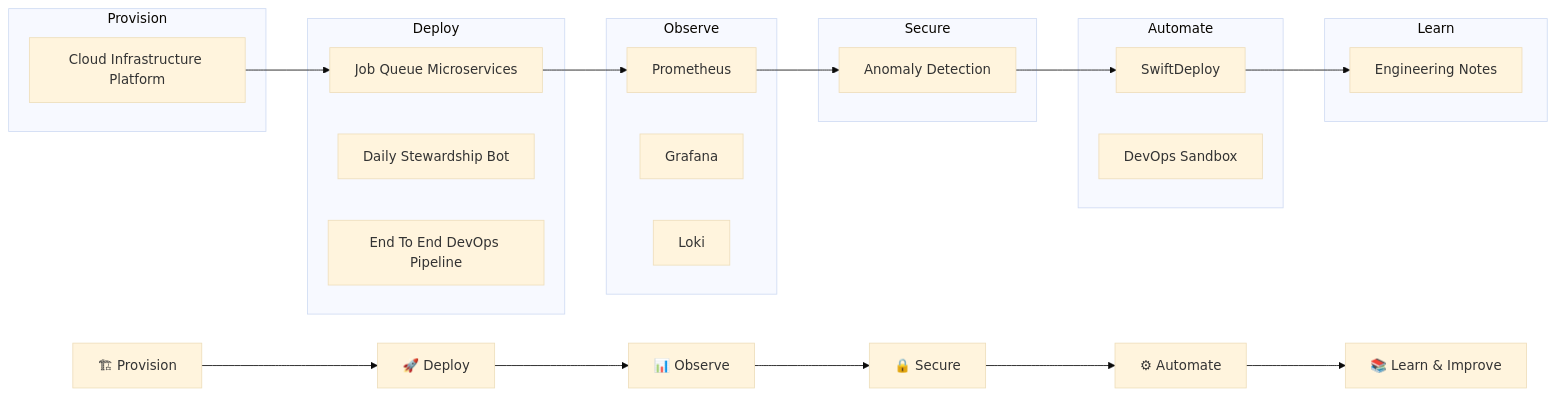
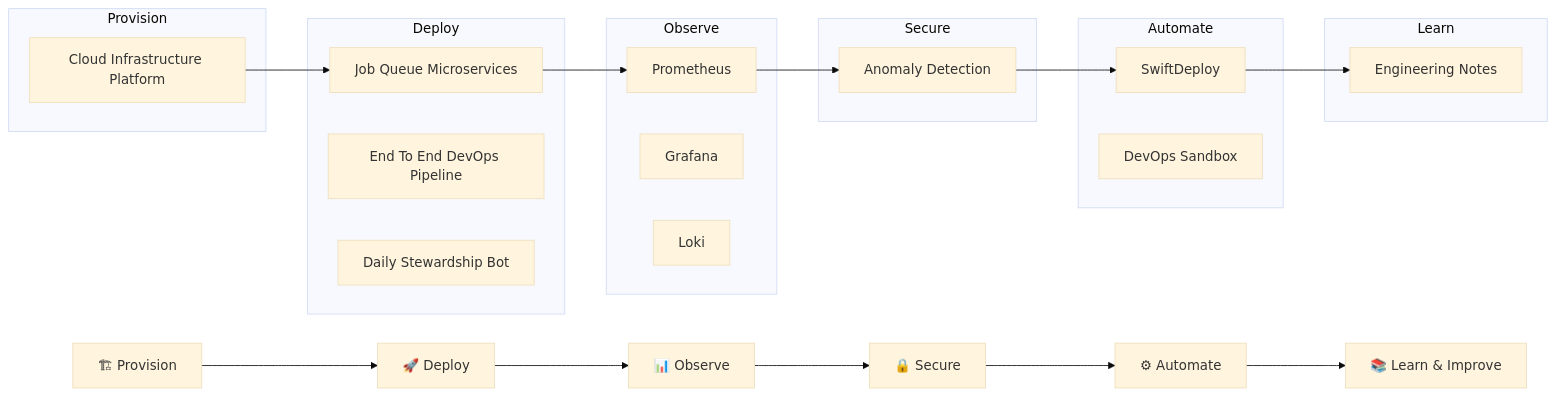
One commit to mosesekerin/mosesekerin changed the diagram in README.md. Above: the diagram before and after it, drawn with Mermaid (base theme).

Commit message:
Reorder and update links in README.md

````diff
--- a/README.md
+++ b/README.md
@@ -71,50 +71,52 @@
 ```mermaid
 flowchart LR
 
     A["🏗 Provision"] --> B["🚀 Deploy"]
     B --> C["📊 Observe"]
     C --> D["🔒 Secure"]
     D --> E["⚙ Automate"]
     E --> F["📚 Learn & Improve"]
 
     subgraph Provision
         P1["Cloud Infrastructure Platform"]
     end
 
     subgraph Deploy
         P2["Job Queue Microservices"]
-        P3["Daily Stewardship Bot"]
-        P4["End To End DevOps Pipeline"]
+        P3["End To End DevOps Pipeline"]
+        P4["Daily Stewardship Bot"]
     end
 
     subgraph Observe
         P5["Prometheus"]
         P6["Grafana"]
         P7["Loki"]
     end
 
     subgraph Secure
         P8["Anomaly Detection"]
     end
 
     subgraph Automate
         P9["SwiftDeploy"]
         P10["DevOps Sandbox"]
     end
 
     subgraph Learn
         P11["Engineering Notes"]
     end
 
     P1 --> P2
     P2 --> P5
     P5 --> P8
     P8 --> P9
     P9 --> P11
 
     click P1 "https://github.com/mosesekerin/hng-infrastructure" "Open Repository"
     click P2 "https://github.com/mosesekerin/job-queue-microservices" "Open Repository"
+    click P3 "https://github.com/mosesekerin/End-to-End-DevOps-Pipeline-Evolution-" "Open Repository"
+    click P4 "https://github.com/mosesekerin/daily-stewardship-bot" "Open Repository"
     click P8 "https://github.com/mosesekerin/Real-time-anomaly-detection-engine" "Open Repository"
     click P9 "https://github.com/mosesekerin/swiftdeploy" "Open Repository"
     click P10 "https://github.com/mosesekerin/DevOps-Sandbox" "Open Repository"
 ```
````
